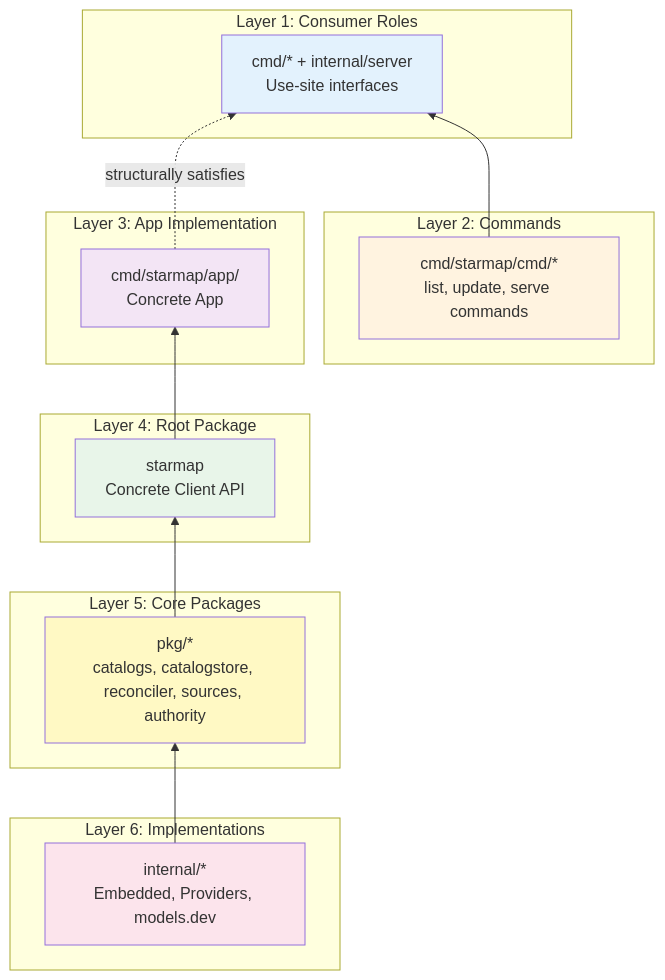
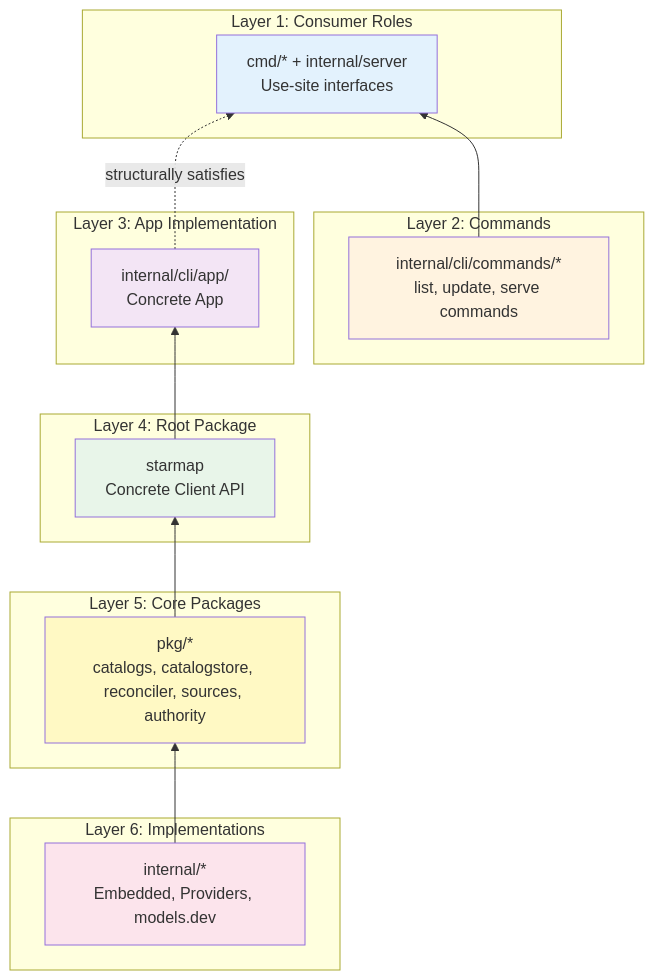
One commit to agentstation/starmap changed the eighth of 8 diagrams in docs/ARCHITECTURE.md. Above: the diagram before and after it, drawn with Mermaid. The commit also changed other lines of this file and 354 other files, not shown here.

````diff
--- a/docs/ARCHITECTURE.md
+++ b/docs/ARCHITECTURE.md
@@ -2002,39 +2044,39 @@
 ```mermaid
 graph BT
     subgraph "Layer 6: Implementations"
         INT[internal/*<br/>Embedded, Providers, models.dev]
     end
 
     subgraph "Layer 5: Core Packages"
         PKG[pkg/*<br/>catalogs, catalogstore, reconciler, sources, authority]
     end
 
     subgraph "Layer 4: Root Package"
         ROOT[starmap<br/>Concrete Client API]
     end
 
     subgraph "Layer 3: App Implementation"
-        APPIMPL[cmd/starmap/app/<br/>Concrete App]
+        APPIMPL[internal/cli/app/<br/>Concrete App]
     end
 
     subgraph "Layer 2: Commands"
-        CMDS[cmd/starmap/cmd/*<br/>list, update, serve commands]
+        CMDS[internal/cli/commands/*<br/>list, update, serve commands]
     end
 
     subgraph "Layer 1: Consumer Roles"
         APPIF[cmd/* + internal/server<br/>Use-site interfaces]
     end
 
     INT --> PKG
     PKG --> ROOT
     ROOT --> APPIMPL
     APPIMPL -.structurally satisfies.-> APPIF
     CMDS --> APPIF
 
     style APPIF fill:#e3f2fd
     style CMDS fill:#fff3e0
     style APPIMPL fill:#f3e5f5
     style ROOT fill:#e8f5e9
     style PKG fill:#fff9c4
     style INT fill:#fce4ec
 ```
````
